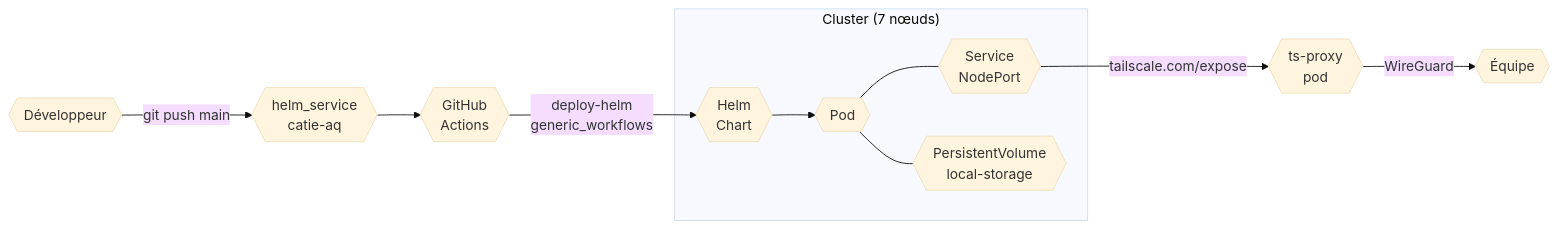
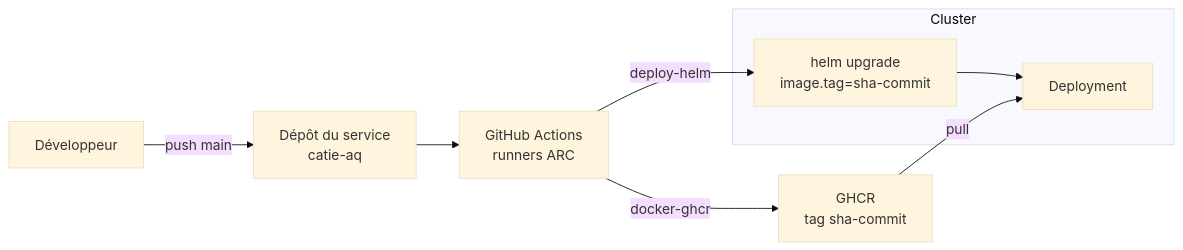
One commit to sedelpeuch/sedelpeuch.github.io changed the third of 3 diagrams in docs/projects/professionnel/sonu-k8s-cluster.md. Above: the diagram before and after it, drawn with Mermaid (base theme). The commit also changed other lines of this file, not shown here.

Commit message:
Met à jour la page du cluster SONU : Authentik, Longhorn, Gatus, schémas, cohérence avec la doc d'exploitation et retrait des informations sensibles

````diff
--- a/docs/projects/professionnel/sonu-k8s-cluster.md
+++ b/docs/projects/professionnel/sonu-k8s-cluster.md
@@ -43,15 +104,11 @@
 ```mermaid
 flowchart LR
-    dev{{Développeur}} -->|git push main| repo{{helm_service\ncatie-aq}}
-    repo --> gha{{GitHub\nActions}}
-    gha -->|deploy-helm\ngeneric_workflows| chart{{Helm\nChart}}
-
-    subgraph cluster["Cluster (7 nœuds)"]
-        chart --> pod{{Pod}}
-        pod --- svc{{Service\nNodePort}}
-        pod --- pv{{PersistentVolume\nlocal-storage}}
+    dev["Développeur"] -->|push main| repo["Dépôt du service<br/>catie-aq"]
+    repo --> gha["GitHub Actions<br/>runners ARC"]
+    gha -->|docker-ghcr| ghcr["GHCR<br/>tag sha-commit"]
+    gha -->|deploy-helm| helm["helm upgrade<br/>image.tag=sha-commit"]
+    subgraph cluster["Cluster"]
+        helm --> deploy["Deployment"]
     end
-
-    svc -->|tailscale.com/expose| proxy{{ts-proxy\npod}}
-    proxy -->|WireGuard| team{{Équipe}}
+    ghcr -->|pull| deploy
 ```
````
